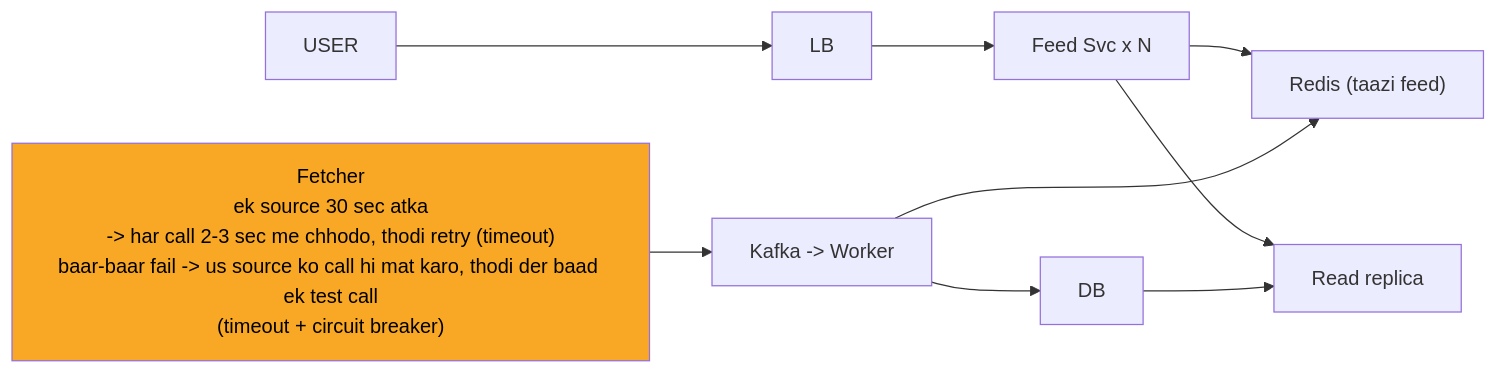
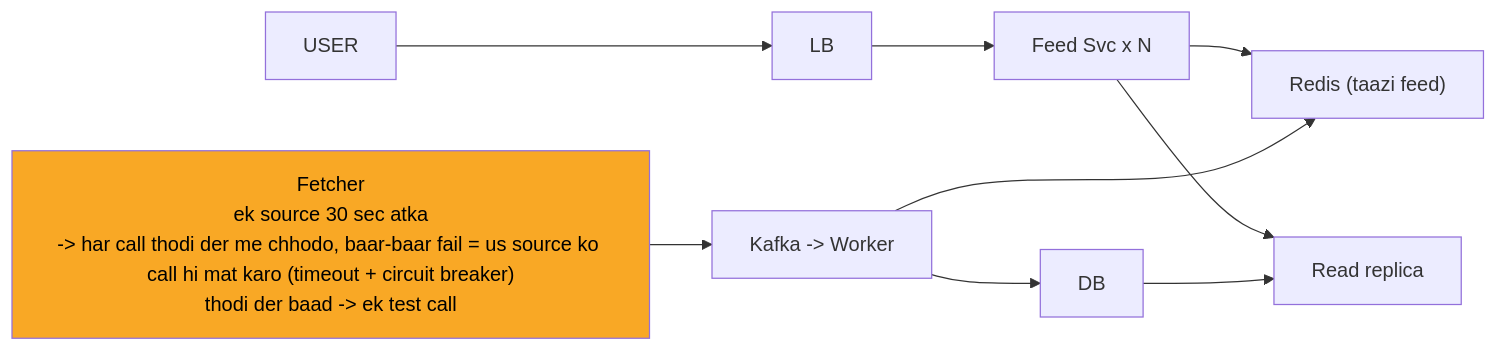
The diagram in 04_HLD/SYSTEM_DESIGNS/08_news_aggregator/img/c5.mmd (ArpanMaheshwari144/Prep), drawn with Mermaid before and after one commit. The commit also changed 39 other files, not shown here.

```diff
--- a/04_HLD/SYSTEM_DESIGNS/08_news_aggregator/img/c5.mmd
+++ b/04_HLD/SYSTEM_DESIGNS/08_news_aggregator/img/c5.mmd
@@ -1,19 +1,19 @@
 %%{init: {"flowchart": {"wrappingWidth": 450}}}%%
 flowchart LR
     n_USER["USER"]
     n_LB["LB"]
     n_Feed_Svc_xN["Feed Svc x N"]
     n_Redis["Redis (taazi feed)"]
     n_Read_replica["Read replica"]
     n_DB["DB"]
     n_KW["Kafka -> Worker"]
-    n_Fetcher["Fetcher<br/>ek source 30 sec atka<br/>-> har call 2-3 sec me chhodo, thodi retry (timeout)<br/>baar-baar fail -> us source ko call hi mat karo, thodi der baad ek test call<br/>(timeout + circuit breaker)"]
+    n_Fetcher["Fetcher<br/>ek source 30 sec atka<br/>-> har call thodi der me chhodo, baar-baar fail = us source ko call hi mat karo (timeout + circuit breaker)<br/>thodi der baad -> ek test call"]
     n_USER --> n_LB
     n_LB --> n_Feed_Svc_xN
     n_Feed_Svc_xN --> n_Redis
     n_Feed_Svc_xN --> n_Read_replica
     n_DB --> n_Read_replica
     n_KW --> n_DB
     n_KW --> n_Redis
     n_Fetcher --> n_KW
     style n_Fetcher fill:#f9a825,color:#000
```
